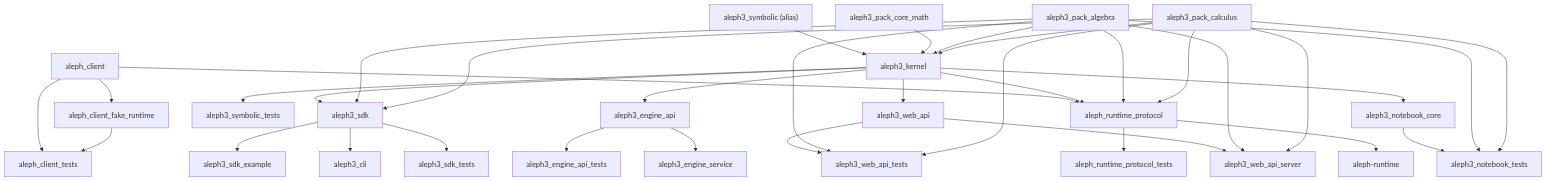
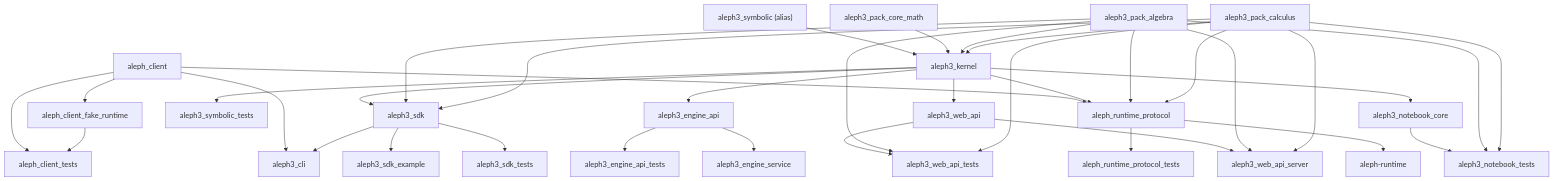
One commit to sergiorf/aleph3 changed the diagram in docs/sdk/build_and_targets.md. Above: the diagram before and after it, drawn with Mermaid. The commit also changed other lines of this file and 9 other files, not shown here.

````diff
--- a/docs/sdk/build_and_targets.md
+++ b/docs/sdk/build_and_targets.md
@@ -73,37 +73,38 @@
 ```mermaid
 flowchart TD
     AlephClient["aleph_client"] --> AlephClientTests["aleph_client_tests"]
     AlephClient --> FakeRuntime["aleph_client_fake_runtime"]
     FakeRuntime --> AlephClientTests
     AlephClient --> RuntimeProtocol["aleph_runtime_protocol"]
     RuntimeProtocol --> RuntimeExe["aleph-runtime"]
     RuntimeProtocol --> RuntimeTests["aleph_runtime_protocol_tests"]
+    AlephClient --> Cli["aleph3_cli"]
     Kernel --> RuntimeProtocol
     Algebra --> RuntimeProtocol
     Calculus --> RuntimeProtocol
     Kernel["aleph3_kernel"] --> SymbolicTests["aleph3_symbolic_tests"]
     Symbolic["aleph3_symbolic (alias)"] --> Kernel
     CoreMath["aleph3_pack_core_math"] --> Kernel
     Algebra["aleph3_pack_algebra"] --> Kernel
     Calculus["aleph3_pack_calculus"] --> Kernel
     Kernel --> NotebookCore["aleph3_notebook_core"]
     NotebookCore --> NotebookTests["aleph3_notebook_tests"]
     Algebra --> NotebookTests
     Calculus --> NotebookTests
     Kernel --> WebApi["aleph3_web_api"]
     WebApi --> WebApiServer["aleph3_web_api_server"]
     WebApi --> WebApiTests["aleph3_web_api_tests"]
     Algebra --> WebApiServer
     Algebra --> WebApiTests
     Calculus --> WebApiServer
     Calculus --> WebApiTests
     Kernel --> EngineApi["aleph3_engine_api"]
     EngineApi --> EngineService["aleph3_engine_service"]
     EngineApi --> EngineApiTests["aleph3_engine_api_tests"]
     Kernel --> Sdk["aleph3_sdk"]
     Algebra --> Sdk
     Calculus --> Sdk
     Sdk --> SdkTests["aleph3_sdk_tests"]
-    Sdk --> Cli["aleph3_cli"]
+    Sdk --> Cli
     Sdk --> Example["aleph3_sdk_example"]
 ```
````
